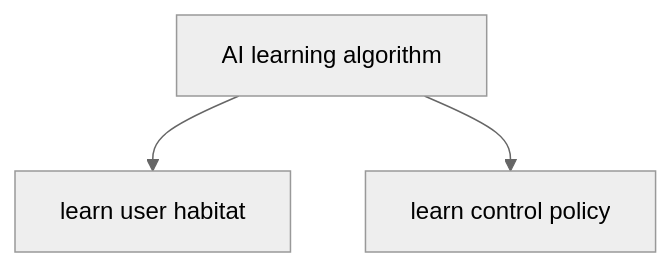
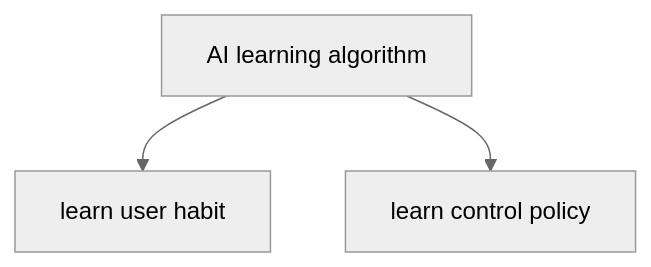
Before and after one commit to eddylau328/fyp-artificial-intelligence-ac-control-device: the third of 5 diagrams in README.md, drawn with Mermaid (neutral theme).

````diff
--- a/README.md
+++ b/README.md
@@ -44,5 +44,5 @@
 ```mermaid
 graph TD;
-    c2["AI learning algorithm"]-->d4["learn user habitat"];
+    c2["AI learning algorithm"]-->d4["learn user habit"];
     c2-->d5["learn control policy"];
 ```
````
